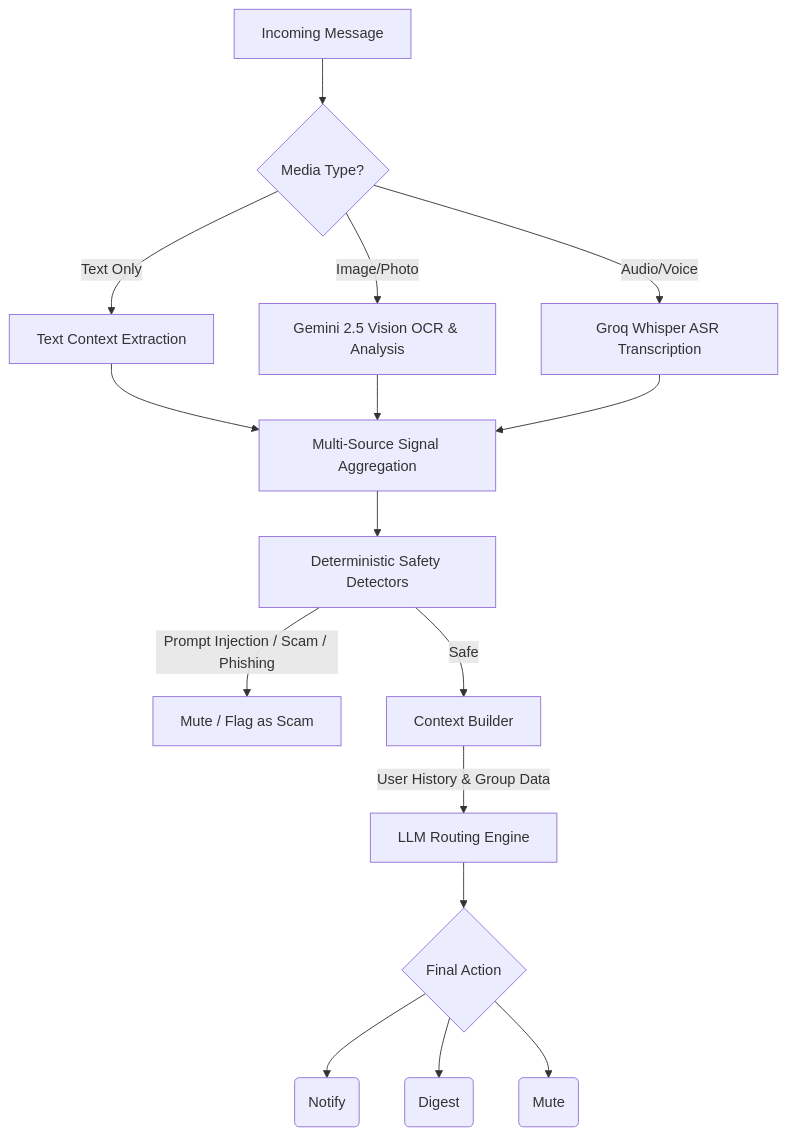
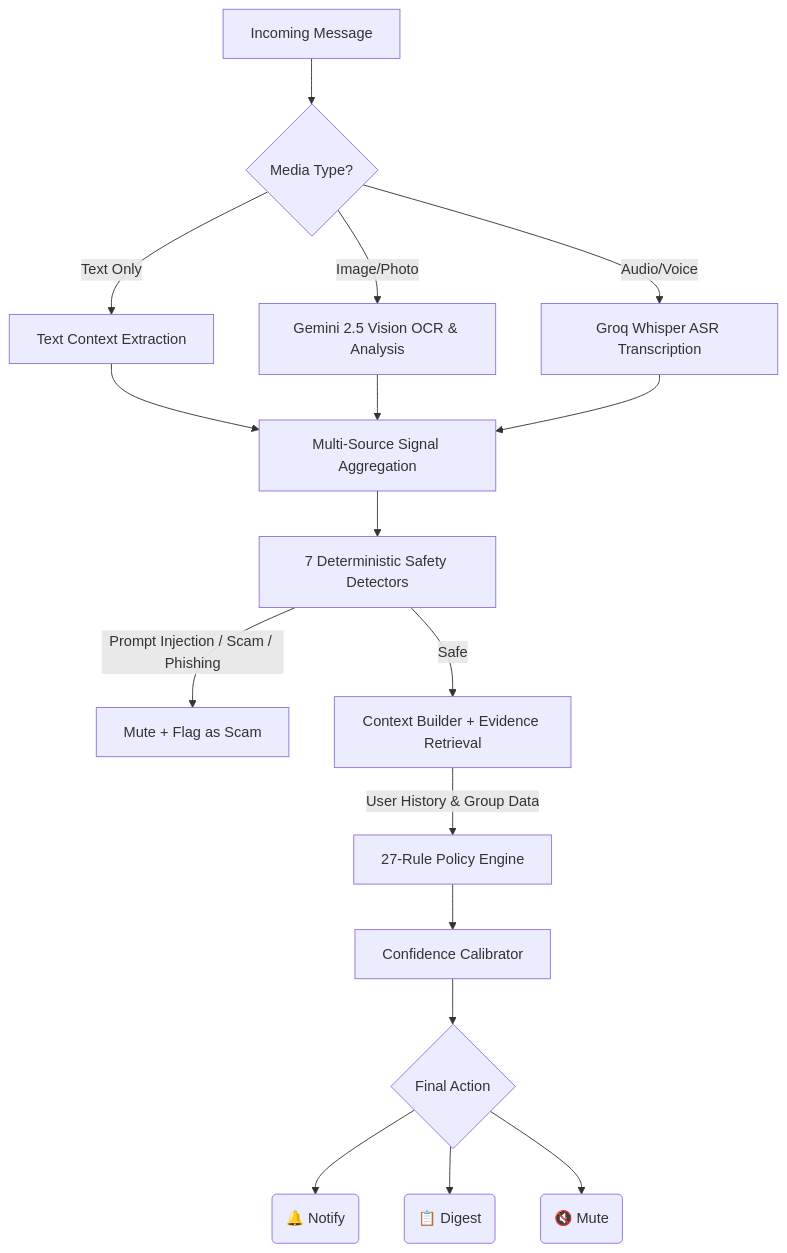
The diagram in README.md (rohitkumarnaidu/AI-Message-Notification-Router), drawn with Mermaid before and after one commit. The commit also changed other lines of this file and 11 other files, not shown here.

````diff
--- a/README.md
+++ b/README.md
@@ -16,22 +38,23 @@
 ```mermaid
 graph TD
     A[Incoming Message] --> B{Media Type?}
     B -->|Text Only| C[Text Context Extraction]
     B -->|Image/Photo| D[Gemini 2.5 Vision OCR & Analysis]
     B -->|Audio/Voice| E[Groq Whisper ASR Transcription]
     
     C --> F[Multi-Source Signal Aggregation]
     D --> F
     E --> F
     
-    F --> G[Deterministic Safety Detectors]
-    G -->|Prompt Injection / Scam / Phishing| H[Mute / Flag as Scam]
+    F --> G[7 Deterministic Safety Detectors]
+    G -->|Prompt Injection / Scam / Phishing| H[Mute + Flag as Scam]
     
-    G -->|Safe| I[Context Builder]
-    I -->|User History & Group Data| J[LLM Routing Engine]
+    G -->|Safe| I[Context Builder + Evidence Retrieval]
+    I -->|User History & Group Data| J[27-Rule Policy Engine]
     
-    J --> K{Final Action}
-    K --> L(Notify)
-    K --> M(Digest)
-    K --> N(Mute)
+    J --> K[Confidence Calibrator]
+    K --> L{Final Action}
+    L --> M(🔔 Notify)
+    L --> N(📋 Digest)
+    L --> O(🔇 Mute)
 ```
````
